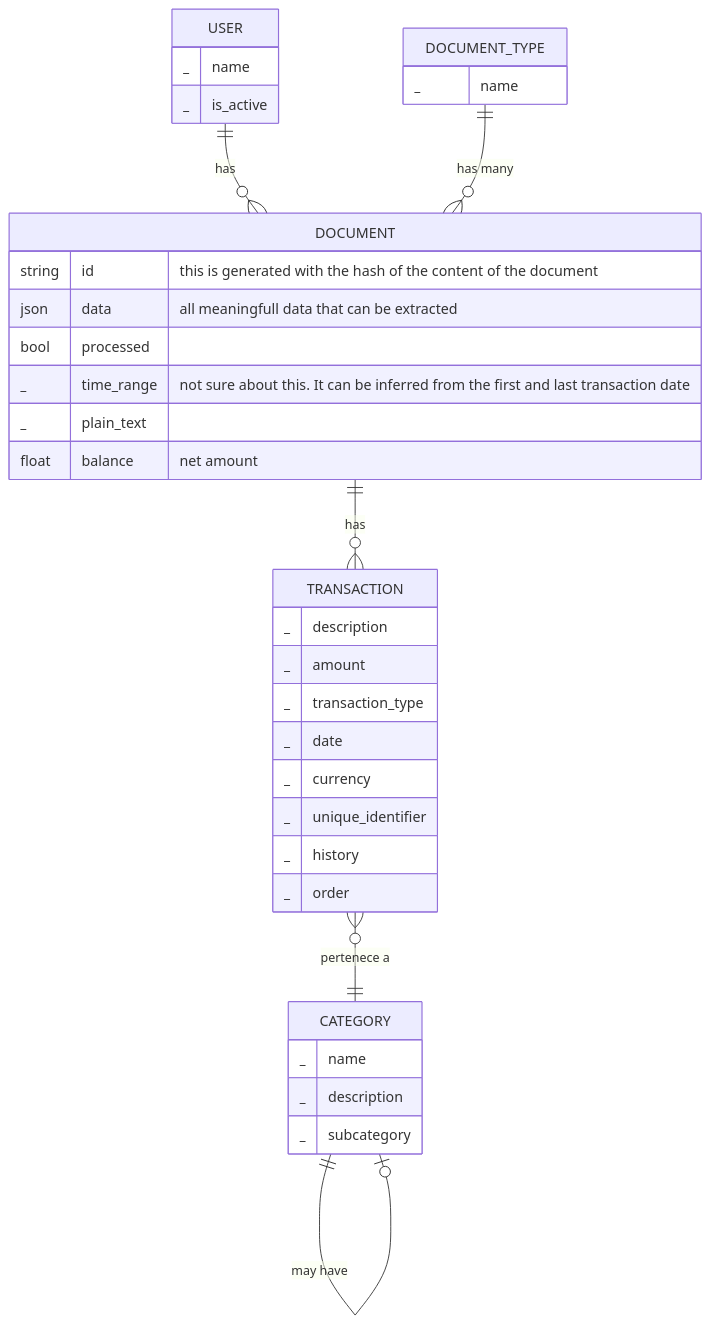
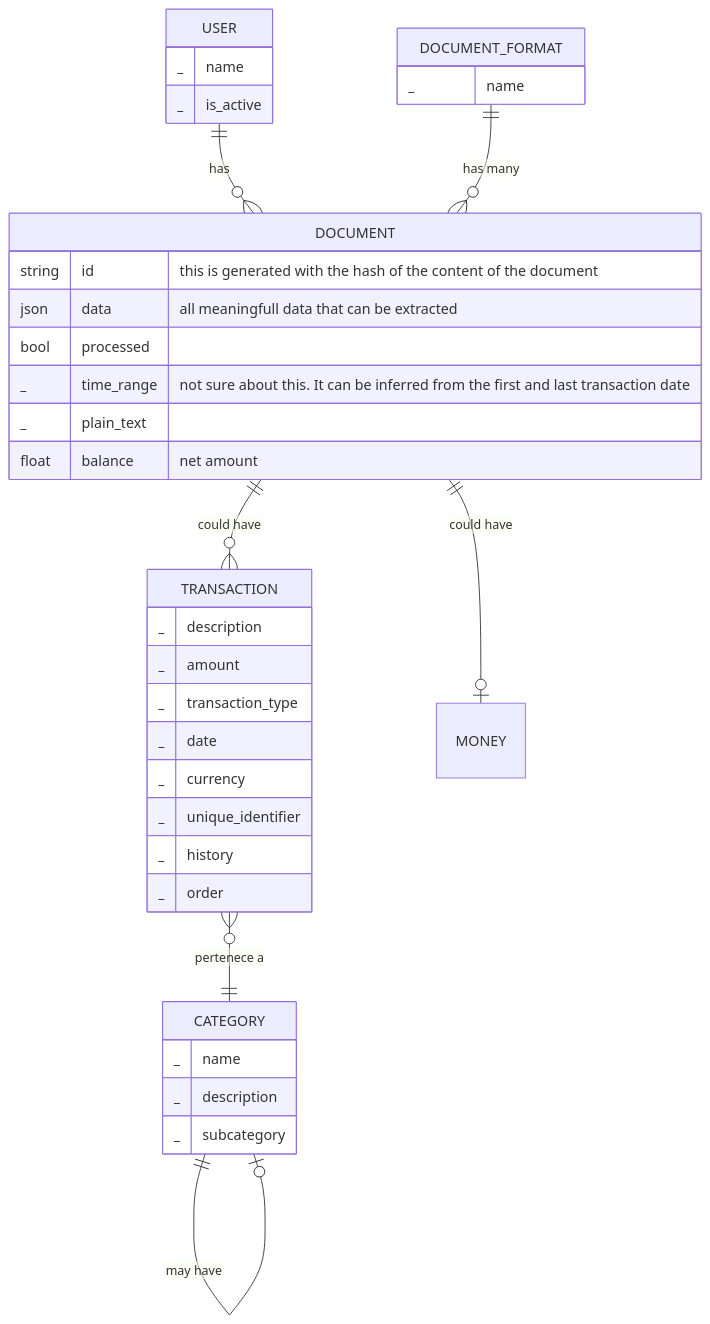
Before and after one commit to josueelias9/improving-BCP-organizate: the diagram in new-service/app/README.md, drawn with Mermaid. The commit also changed 22 other files, not shown here.

Commit message:
feat: rename document_type to document_format across the application and update related logic

````diff
--- a/new-service/app/README.md
+++ b/new-service/app/README.md
@@ -16,45 +16,49 @@
 ```mermaid
 erDiagram
+
+
     USER {
         _ name
         _ is_active
     }
 
     TRANSACTION {
         _ description
         _ amount
         _ transaction_type
         _ date
         _ currency
         _ unique_identifier 
         _ history
         _ order
     }
 
     CATEGORY {
         _ name
         _ description
         _ subcategory
     }
 
-    DOCUMENT_TYPE {
+    DOCUMENT_FORMAT {
         _ name
     }
 
 
     DOCUMENT {
         string id "this is generated with the hash of the content of the document"
         json data "all meaningfull data that can be extracted"
         bool processed
         _ time_range "not sure about this. It can be inferred from the first and last transaction date"
         _ plain_text
         float balance "net amount"
     }
 
     %% Relaciones
     USER ||--o{ DOCUMENT : "has"
-    DOCUMENT ||--o{ TRANSACTION : "has"
+    DOCUMENT ||--o{ TRANSACTION : "could have"
     TRANSACTION }o--|| CATEGORY : "pertenece a"
     CATEGORY ||--o| CATEGORY : "may have"
-    DOCUMENT_TYPE ||--o{ DOCUMENT : "has many"
+    DOCUMENT_FORMAT ||--o{ DOCUMENT : "has many"
+    DOCUMENT ||--o| MONEY : "could have"
+    
 ```
````
